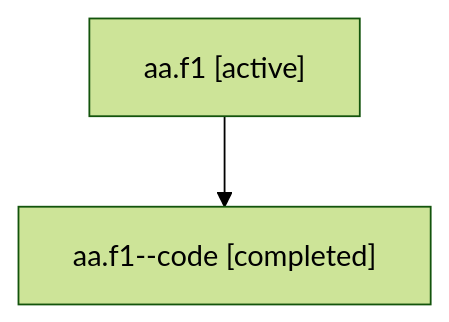
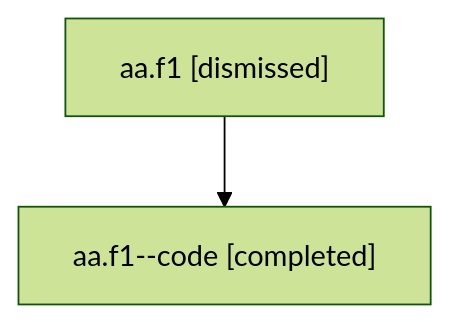
The diagram in sessions/bbugyi200.athena.aa.f1.md (sase-org/sase--agents), drawn with Mermaid (forest theme) before and after one commit. The commit also changed other lines of this file and 18 other files, not shown here.

````diff
--- a/sessions/bbugyi200.athena.aa.f1.md
+++ b/sessions/bbugyi200.athena.aa.f1.md
@@ -9,6 +9,6 @@
 ```mermaid
 flowchart TD
-  n0["aa.f1 [active]"]
+  n0["aa.f1 [dismissed]"]
   n1["aa.f1--code [completed]"]
   n0 --> n1
 ```
````
